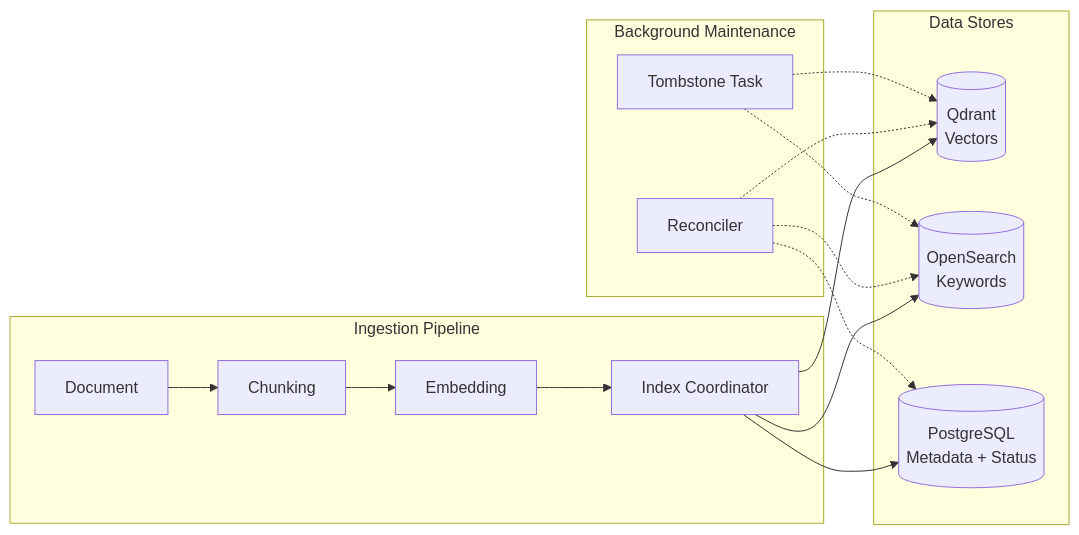
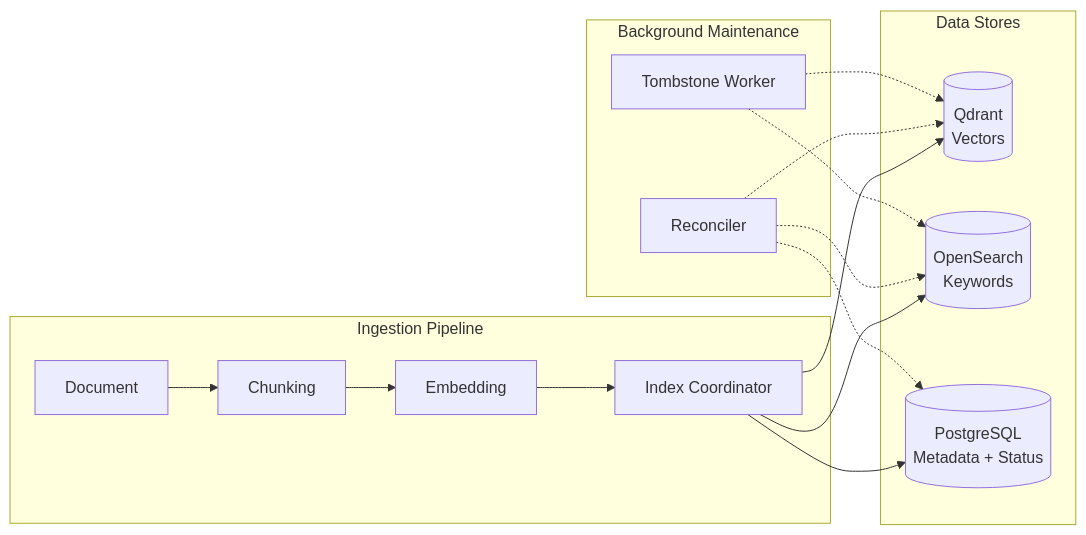
The third of 9 diagrams in docs/architecture.md (RogierKonings/ultimate-rag-pipeline), drawn with Mermaid before and after one commit. The commit also changed other lines of this file and 115 other files, not shown here.

````diff
--- a/docs/architecture.md
+++ b/docs/architecture.md
@@ -246,22 +251,22 @@
 ```mermaid
 flowchart LR
     subgraph Ingestion["Ingestion Pipeline"]
         DOC[Document] --> CHUNK[Chunking]
         CHUNK --> EMBED[Embedding]
         EMBED --> COORD[Index Coordinator]
     end
 
     subgraph Stores["Data Stores"]
         COORD --> QD[(Qdrant<br/>Vectors)]
         COORD --> OS[(OpenSearch<br/>Keywords)]
         COORD --> PG[(PostgreSQL<br/>Metadata + Status)]
     end
 
     subgraph Maintenance["Background Maintenance"]
         RECON[Reconciler] -.-> QD
         RECON -.-> OS
         RECON -.-> PG
-        TOMB[Tombstone Task] -.-> QD
+        TOMB[Tombstone Worker] -.-> QD
         TOMB -.-> OS
     end
 ```
````
